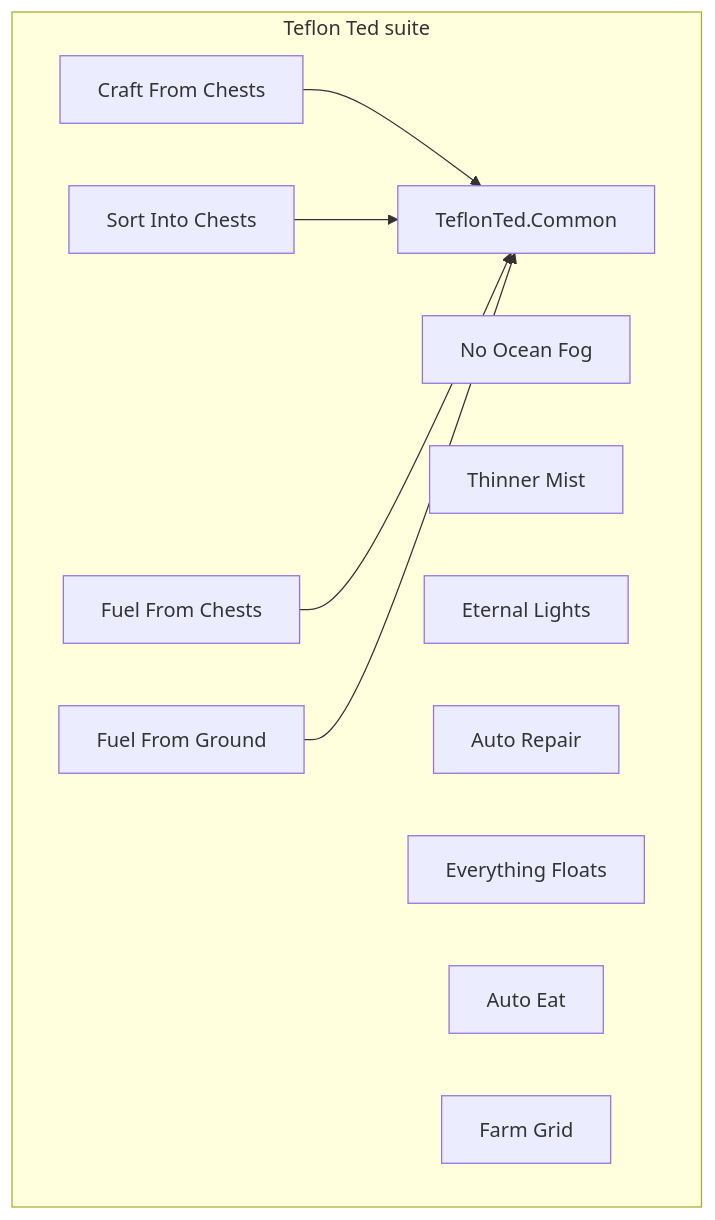
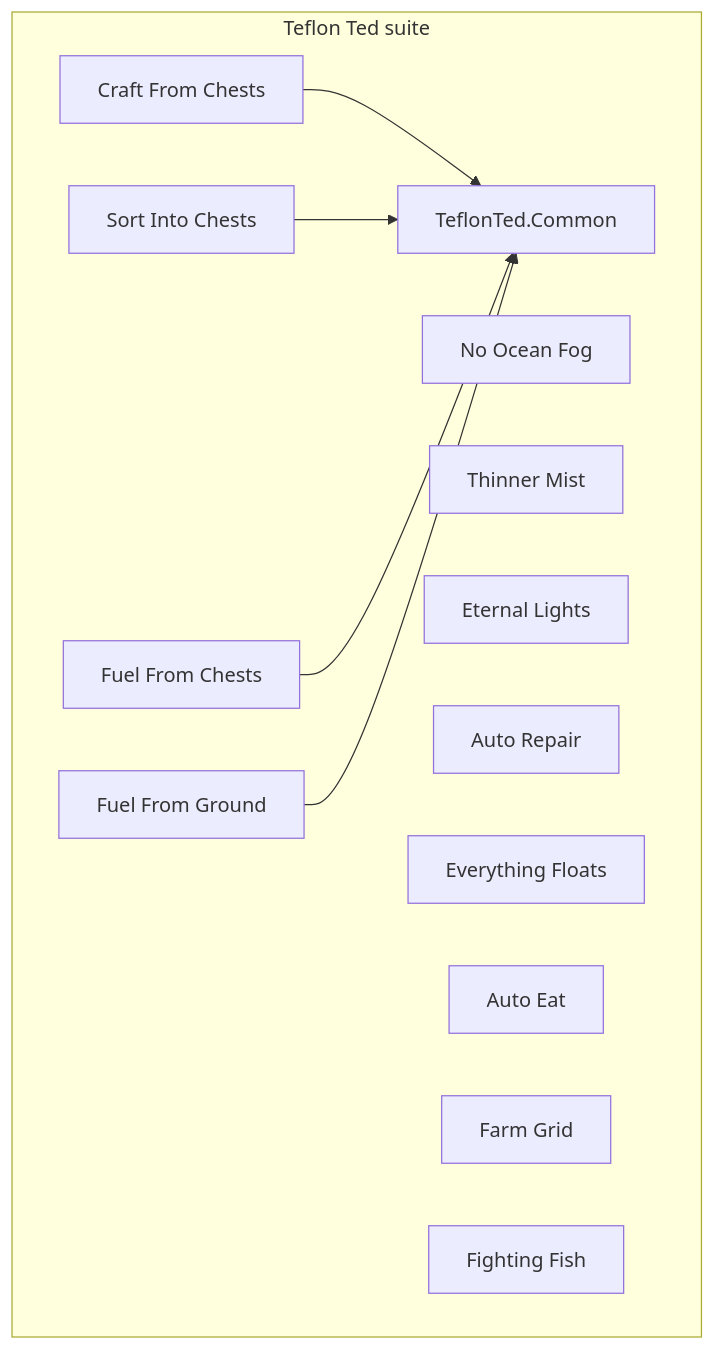
The diagram in README.md (trak3r/valheim), drawn with Mermaid before and after one commit. The commit also changed other lines of this file and 5 other files, not shown here.

Commit message:
Add Fighting Fish: center Stop reeling cue plus water splash on escape.

````diff
--- a/README.md
+++ b/README.md
@@ -5,21 +5,22 @@
 ```mermaid
 flowchart TB
   subgraph suite [Teflon Ted suite]
     Common[TeflonTed.Common]
     Craft[Craft From Chests]
     Sort[Sort Into Chests]
     FuelC[Fuel From Chests]
     FuelG[Fuel From Ground]
     Fog[No Ocean Fog]
     Mist[Thinner Mist]
     Lights[Eternal Lights]
     Repair[Auto Repair]
     Float[Everything Floats]
     Eat[Auto Eat]
     Farm[Farm Grid]
+    Fish[Fighting Fish]
   end
   Craft --> Common
   Sort --> Common
   FuelC --> Common
   FuelG --> Common
 ```
````
